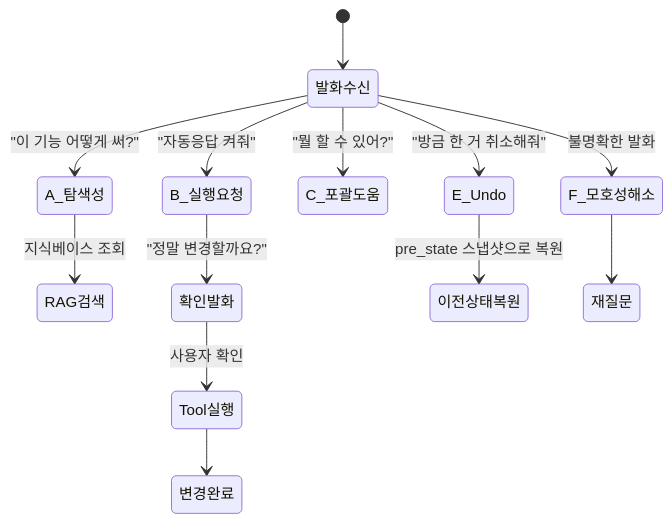
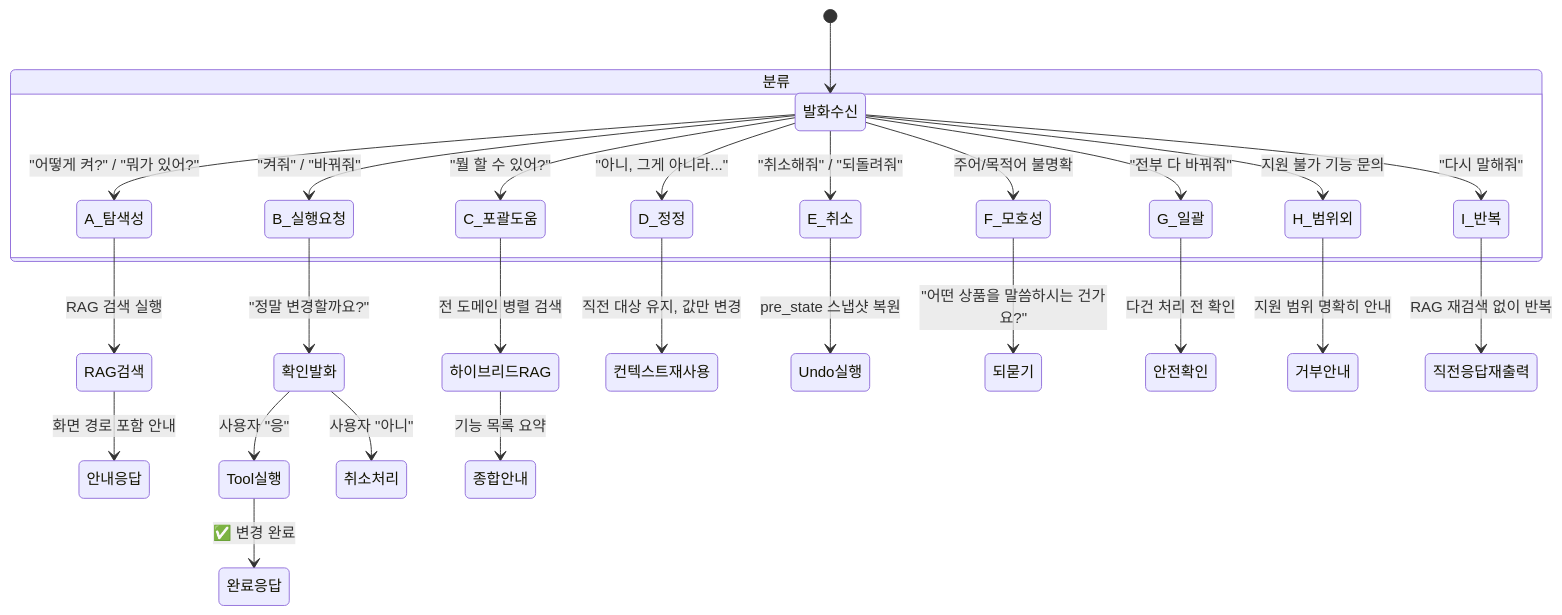
Before and after one commit to hak023/sip_pbx: the first of 3 diagrams in docs/SELFSERVICE_AI_ASSISTANT_INTRODUCTION.md, drawn with Mermaid. The commit also changed other lines of this file, not shown here.

````diff
--- a/docs/SELFSERVICE_AI_ASSISTANT_INTRODUCTION.md
+++ b/docs/SELFSERVICE_AI_ASSISTANT_INTRODUCTION.md
@@ -73,16 +83,34 @@
 ```mermaid
 stateDiagram-v2
     [*] --> 발화수신
-    발화수신 --> A_탐색성: "이 기능 어떻게 써?"
-    발화수신 --> B_실행요청: "자동응답 켜줘"
-    발화수신 --> C_포괄도움: "뭘 할 수 있어?"
-    발화수신 --> E_Undo: "방금 한 거 취소해줘"
-    발화수신 --> F_모호성해소: 불명확한 발화
 
-    A_탐색성 --> RAG검색: 지식베이스 조회
-    B_실행요청 --> 확인발화: "정말 변경할까요?"
-    확인발화 --> Tool실행: 사용자 확인
-    Tool실행 --> 변경완료
-    E_Undo --> 이전상태복원: pre_state 스냅샷으로 복원
-    F_모호성해소 --> 재질문
+    state 분류 {
+        발화수신 --> A_탐색성: "어떻게 켜?" / "뭐가 있어?"
+        발화수신 --> B_실행요청: "켜줘" / "바꿔줘"
+        발화수신 --> C_포괄도움: "뭘 할 수 있어?"
+        발화수신 --> D_정정: "아니, 그게 아니라..."
+        발화수신 --> E_취소: "취소해줘" / "되돌려줘"
+        발화수신 --> F_모호성: 주어/목적어 불명확
+        발화수신 --> G_일괄: "전부 다 바꿔줘"
+        발화수신 --> H_범위외: 지원 불가 기능 문의
+        발화수신 --> I_반복: "다시 말해줘"
+    }
+
+    A_탐색성 --> RAG검색 : RAG 검색 실행
+    RAG검색 --> 안내응답 : 화면 경로 포함 안내
+
+    B_실행요청 --> 확인발화 : "정말 변경할까요?"
+    확인발화 --> Tool실행 : 사용자 "응"
+    확인발화 --> 취소처리 : 사용자 "아니"
+    Tool실행 --> 완료응답 : ✅ 변경 완료
+
+    C_포괄도움 --> 하이브리드RAG : 전 도메인 병렬 검색
+    하이브리드RAG --> 종합안내 : 기능 목록 요약
+
+    D_정정 --> 컨텍스트재사용 : 직전 대상 유지, 값만 변경
+    E_취소 --> Undo실행 : pre_state 스냅샷 복원
+    F_모호성 --> 되묻기 : "어떤 상품을 말씀하시는 건가요?"
+    G_일괄 --> 안전확인 : 다건 처리 전 확인
+    H_범위외 --> 거부안내 : 지원 범위 명확히 안내
+    I_반복 --> 직전응답재출력 : RAG 재검색 없이 반복
 ```
````
